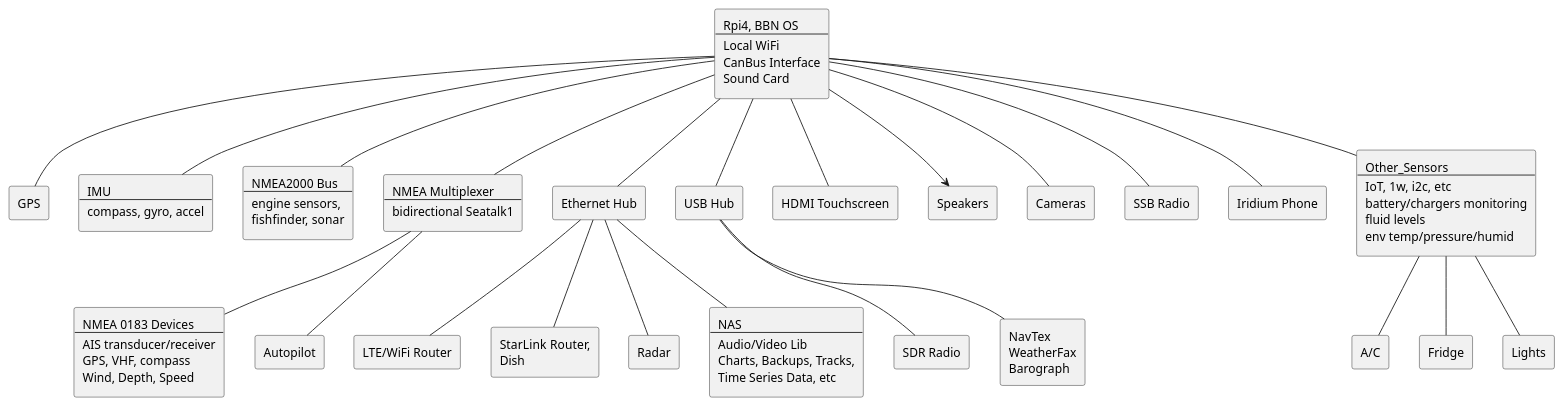
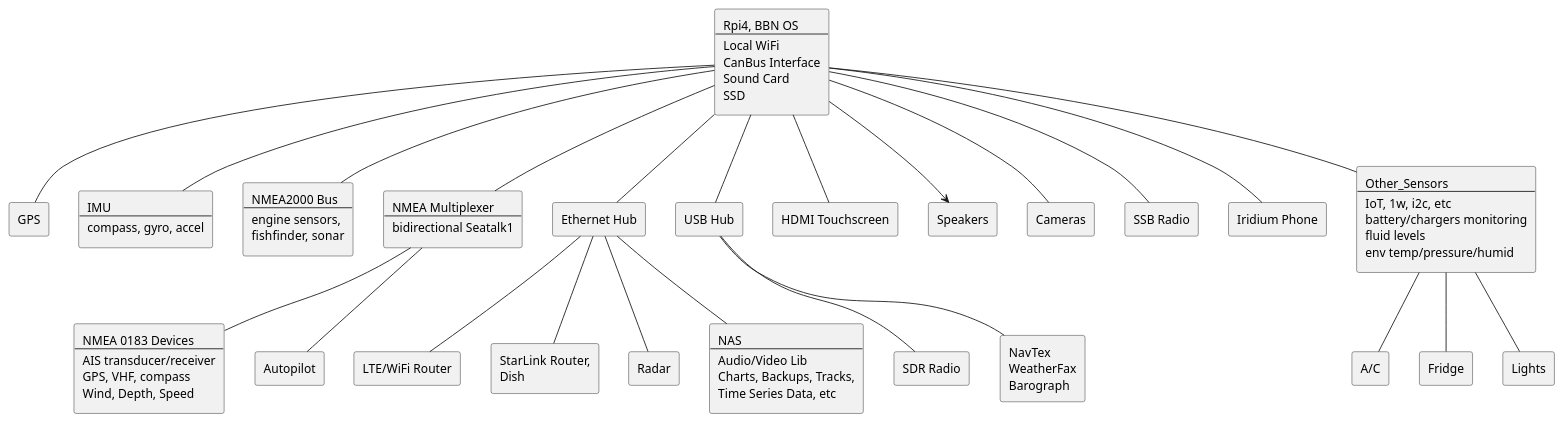
Before and after one commit to bareboat-necessities/my-bareboat: the diagram in docs/plantuml/system-arch.puml, drawn with PlantUML.

```diff
--- a/docs/plantuml/system-arch.puml
+++ b/docs/plantuml/system-arch.puml
@@ -1,154 +1,155 @@
 @startuml
 
 rectangle RPI [
  Rpi4, BBN OS
  ----
  Local WiFi
  CanBus Interface
  Sound Card
+ SSD
 ]
 
 rectangle GPS [
  GPS
 ]
 
 rectangle IMU [
  IMU
  ----
  compass, gyro, accel
 ]
 
 rectangle NMEA_2000 [
  NMEA2000 Bus
  ----
  engine sensors,
  fishfinder, sonar
 ]
 
 rectangle NMEA_Mux [
  NMEA Multiplexer
  ----
  bidirectional Seatalk1
 ]
 
 rectangle NMEA_0183 [
  NMEA 0183 Devices
  ----
  AIS transducer/receiver
  GPS, VHF, compass
  Wind, Depth, Speed
 ]
 
 rectangle AP [
  Autopilot
 ]
 
 rectangle Eth_Hub [
  Ethernet Hub
 ]
 
 rectangle USB_Hub [
  USB Hub
 ]
 
 rectangle Router [
  LTE/WiFi Router
 ]
 
 rectangle Dish_Router [
  StarLink Router,
  Dish
 ]
 
 rectangle Radar [
  Radar
 ]
 
 rectangle Touchscreen [
  HDMI Touchscreen
 ]
 
 rectangle Speakers [
  Speakers
 ]
 
 rectangle Cameras [
  Cameras
 ]
 
 rectangle SDR [
  SDR Radio
 ]
 
 rectangle SSB [
  SSB Radio
 ]
 
 rectangle Iridium [
  Iridium Phone
 ]
 
 rectangle Other_Sensors [
  Other_Sensors
  ----
  IoT, 1w, i2c, etc
  battery/chargers monitoring
  fluid levels
  env temp/pressure/humid
 ]
 
 rectangle AC [
  A/C
 ]
 
 rectangle Fridge [
  Fridge
 ]
 
 rectangle Lights [
  Lights
 ]
 
 rectangle Weather [
  NavTex
  WeatherFax
  Barograph
 ]
 
 rectangle NAS [
  NAS
  ----
  Audio/Video Lib
  Charts, Backups, Tracks,
  Time Series Data, etc
 ]
 
 RPI -- GPS
 RPI -- IMU
 RPI -- NMEA_2000
 RPI -- NMEA_Mux
 RPI -- Eth_Hub
 RPI -- USB_Hub
 RPI -- Touchscreen
 RPI -- Cameras
 RPI --> Speakers
 RPI -- SSB
 RPI -- Iridium
 RPI -- Other_Sensors
 
 Eth_Hub -- Router
 Eth_Hub -- Radar
 Eth_Hub -- NAS
 Eth_Hub -- Dish_Router
 
 USB_Hub -- SDR
 USB_Hub -- Weather
 
 Other_Sensors -- AC
 Other_Sensors -- Fridge
 Other_Sensors -- Lights
 
 NMEA_Mux -- NMEA_0183
 NMEA_Mux -- AP
 
 @enduml
```
